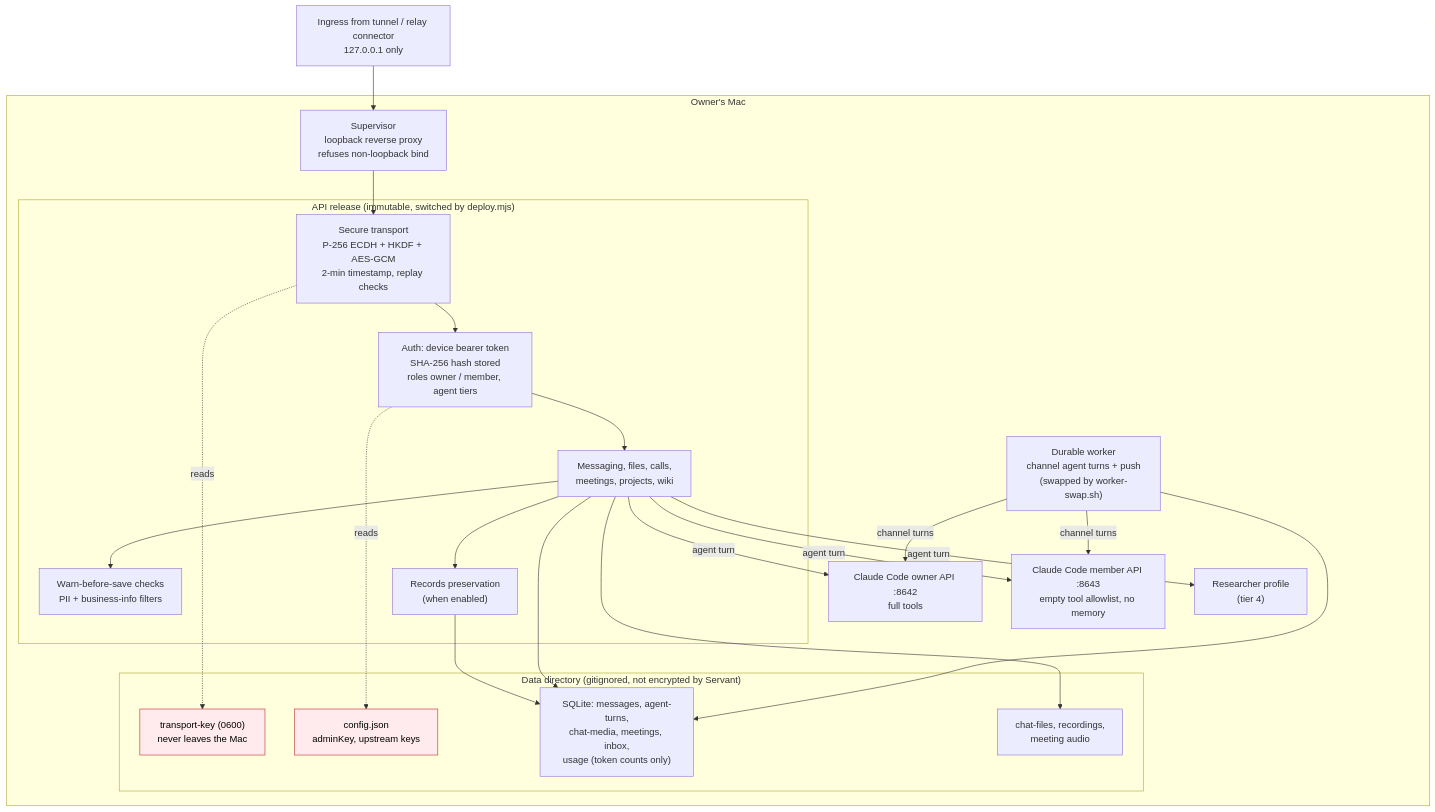
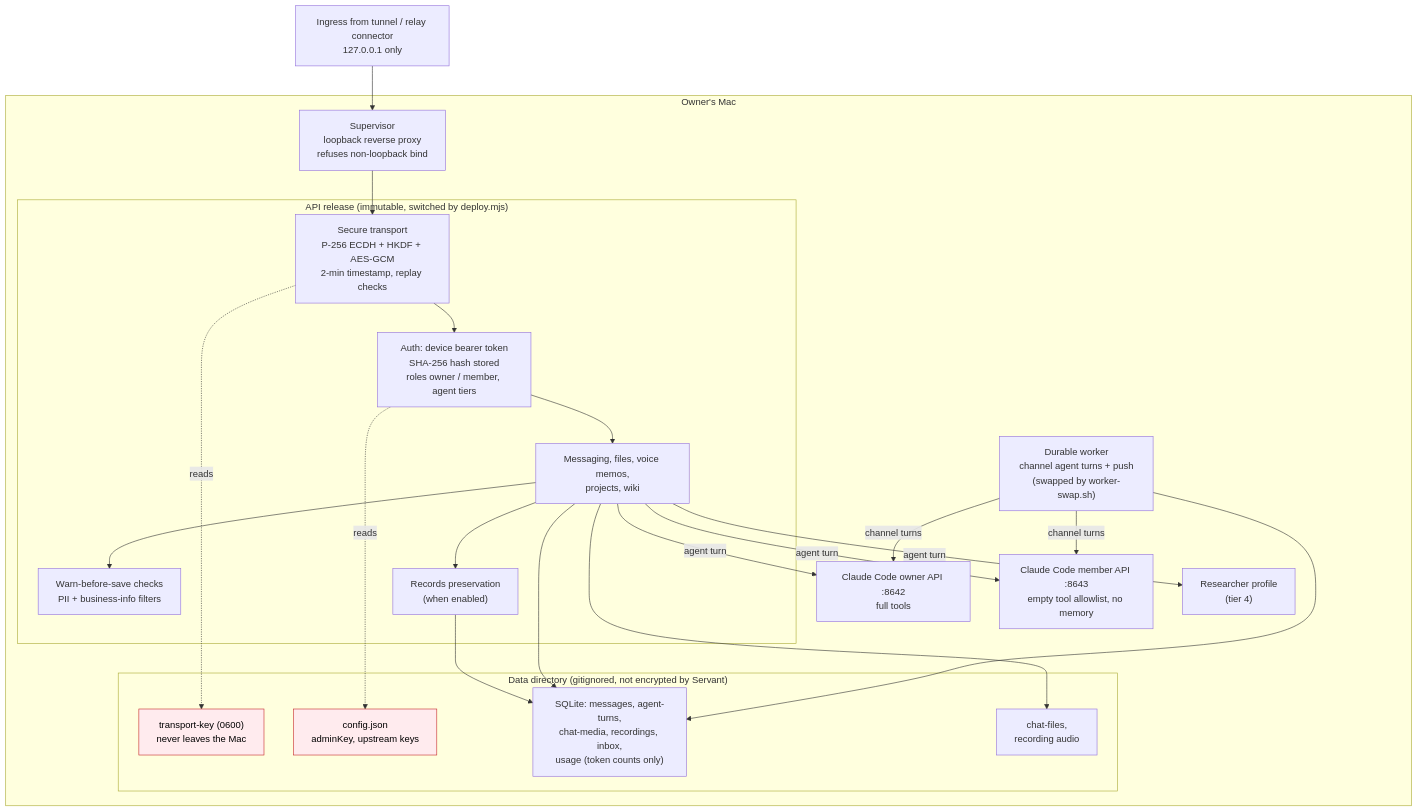
Before and after one commit to slavingia/servant: the diagram in docs/security-architecture/02-server-components.mmd, drawn with Mermaid. The commit also changed 162 other files, not shown here.

Commit message:
Remove meetings and keep voice memo recordings

```diff
--- a/docs/security-architecture/02-server-components.mmd
+++ b/docs/security-architecture/02-server-components.mmd
@@ -1,33 +1,33 @@
 flowchart TB
   IN["Ingress from tunnel / relay connector<br/>127.0.0.1 only"]
   subgraph MAC["Owner's Mac"]
     SUP["Supervisor<br/>loopback reverse proxy<br/>refuses non-loopback bind"]
     subgraph API["API release (immutable, switched by deploy.mjs)"]
       ST["Secure transport<br/>P-256 ECDH + HKDF + AES-GCM<br/>2-min timestamp, replay checks"]
       AU["Auth: device bearer token<br/>SHA-256 hash stored<br/>roles owner / member, agent tiers"]
-      MS["Messaging, files, calls,<br/>meetings, projects, wiki"]
+      MS["Messaging, files, voice memos,<br/>projects, wiki"]
       GATE["Warn-before-save checks<br/>PII + business-info filters"]
       RP["Records preservation<br/>(when enabled)"]
     end
     WK["Durable worker<br/>channel agent turns + push<br/>(swapped by worker-swap.sh)"]
     subgraph DATA["Data directory (gitignored, not encrypted by Servant)"]
       K["transport-key (0600)<br/>never leaves the Mac"]
       CFG["config.json<br/>adminKey, upstream keys"]
-      DB["SQLite: messages, agent-turns,<br/>chat-media, meetings, inbox,<br/>usage (token counts only)"]
-      FS["chat-files, recordings,<br/>meeting audio"]
+      DB["SQLite: messages, agent-turns,<br/>chat-media, recordings, inbox,<br/>usage (token counts only)"]
+      FS["chat-files,<br/>recording audio"]
     end
     HO["Claude Code owner API :8642<br/>full tools"]
     HM["Claude Code member API :8643<br/>empty tool allowlist, no memory"]
     HR["Researcher profile<br/>(tier 4)"]
   end
   IN --> SUP --> ST --> AU --> MS
   MS --> GATE
   MS --> RP --> DB
   MS --> DB & FS
   ST -.reads.-> K
   AU -.reads.-> CFG
   MS -- "agent turn" --> HO & HM & HR
   WK --> DB
   WK -- "channel turns" --> HO & HM
   classDef key fill:#ffebee,stroke:#c62828,color:#000;
   class K,CFG key;
```
